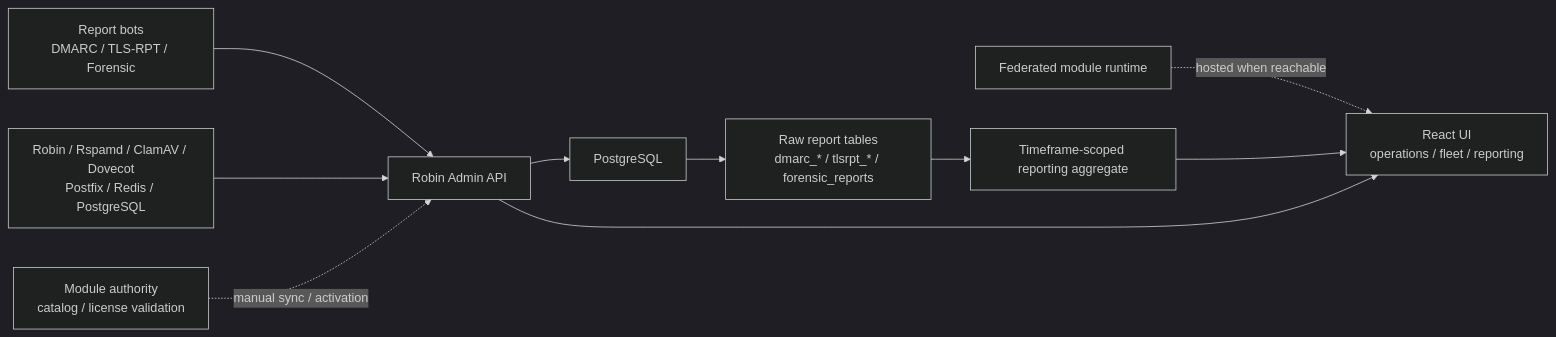
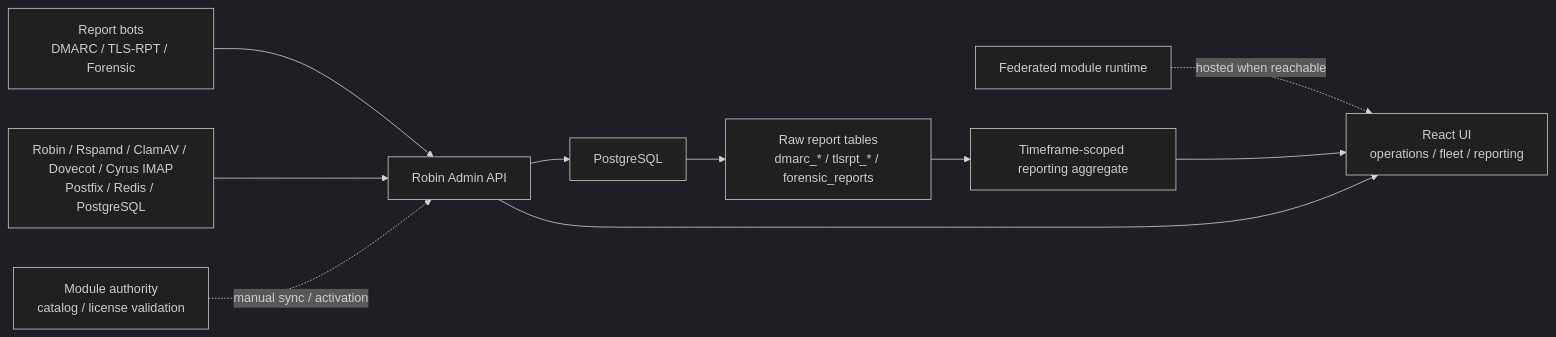
Before and after one commit to transilvlad/robin-admin: the diagram in README.md, drawn with Mermaid (dark theme). The commit also changed other lines of this file and 65 other files, not shown here.

Commit message:
Add Cyrus IMAP fleet service

````diff
--- a/README.md
+++ b/README.md
@@ -30,12 +31,12 @@
 ```mermaid
 flowchart LR
   Bots["Report bots<br/>DMARC / TLS-RPT / Forensic"] --> API["Robin Admin API"]
-  Services["Robin / Rspamd / ClamAV / Dovecot<br/>Postfix / Redis / PostgreSQL"] --> API
+  Services["Robin / Rspamd / ClamAV / Dovecot / Cyrus IMAP<br/>Postfix / Redis / PostgreSQL"] --> API
   Authority["Module authority<br/>catalog / license validation"] -. manual sync / activation .-> API
   API --> DB["PostgreSQL"]
   Modules["Federated module runtime"] -. hosted when reachable .-> UI
   DB --> Raw["Raw report tables<br/>dmarc_* / tlsrpt_* / forensic_reports"]
   Raw --> Aggregate["Timeframe-scoped reporting aggregate"]
   Aggregate --> UI["React UI<br/>operations / fleet / reporting"]
   API --> UI
 ```
````
